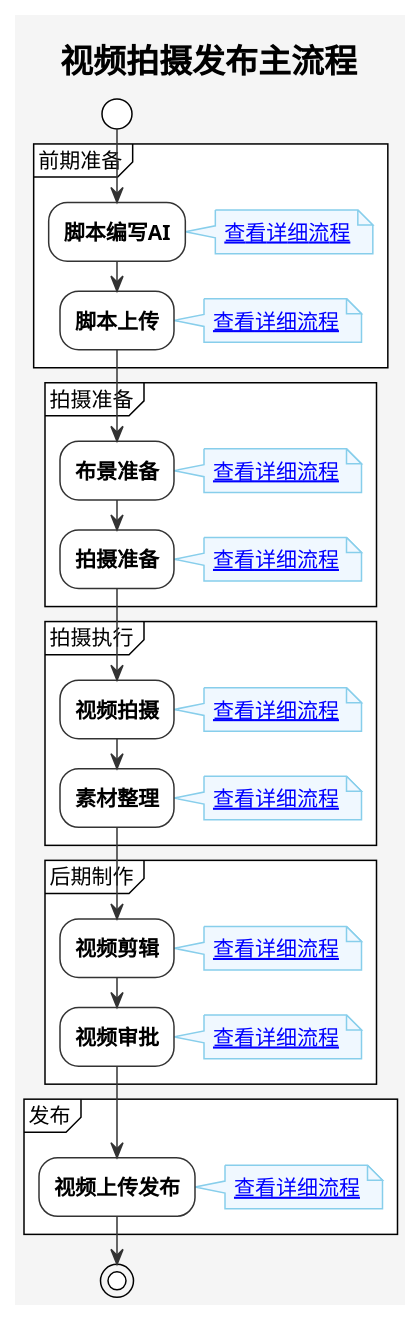
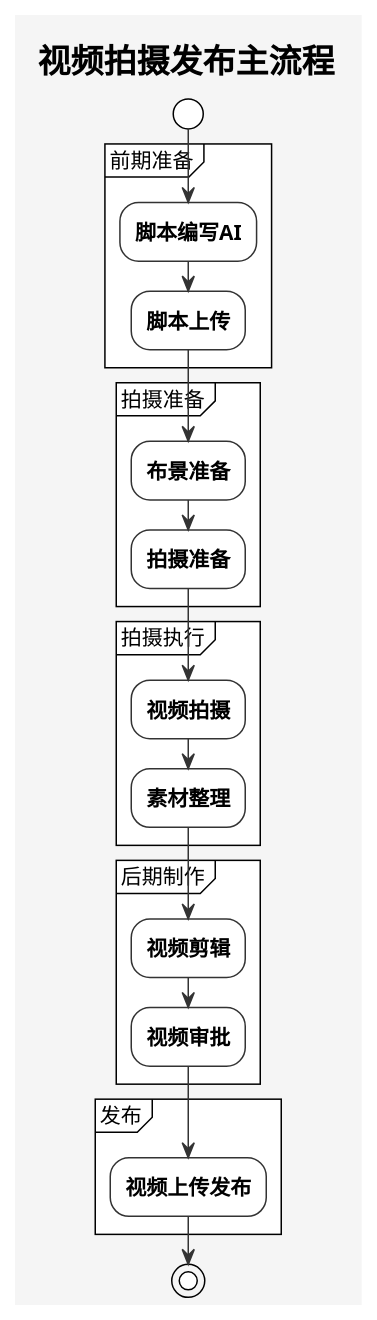
The diagram in main.puml (Soho2019/PUML), drawn with PlantUML before and after one commit. The commit also changed 9 other files, not shown here.

```diff
--- a/main.puml
+++ b/main.puml
@@ -1,58 +1,49 @@
 @startuml main.puml
 !theme plain
 skinparam backgroundColor #F5F5F5
 skinparam defaultFontName 微软雅黑
 skinparam defaultFontSize 14
 skinparam ArrowColor #333333
 skinparam ActivityBackgroundColor #FFFFFF
 skinparam ActivityBorderColor #333333
 skinparam ActivityFontStyle bold
 skinparam ActivityDiamondBackgroundColor #FFFFFF
 skinparam ActivityDiamondBorderColor #333333
 skinparam noteBackgroundColor #F0F8FF
 skinparam noteBorderColor #87CEEB
 
 title 视频拍摄发布主流程
 
 start
 
 partition "前期准备" {
   :脚本编写AI;
-  note right: [[./script_ai.puml 查看详细流程]]
   
   :脚本上传;
-  note right: [[./script_upload.puml 查看详细流程]]
 }
 
 partition "拍摄准备" {
   :布景准备;
-  note right: [[./scene_prep.puml 查看详细流程]]
   
   :拍摄准备;
-  note right: [[./shooting_prep.puml 查看详细流程]]
 }
 
 partition "拍摄执行" {
   :视频拍摄;
-  note right: [[./shooting.puml 查看详细流程]]
   
   :素材整理;
-  note right: [[./material_org.puml 查看详细流程]]
 }
 
 partition "后期制作" {
   :视频剪辑;
-  note right: [[./editing.puml 查看详细流程]]
   
   :视频审批;
-  note right: [[./approval.puml 查看详细流程]]
 }
 
 partition "发布" {
   :视频上传发布;
-  note right: [[./publishing.puml 查看详细流程]]
 }
 
 stop
 
 @enduml
```
